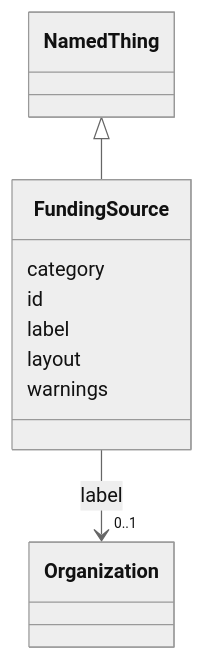
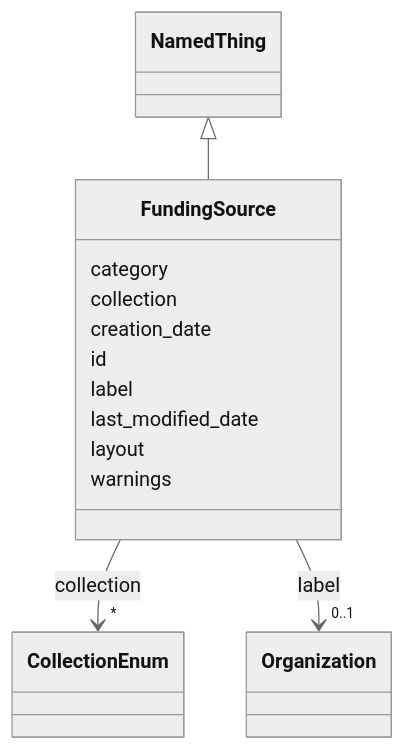
Before and after one commit to Knowledge-Graph-Hub/kg-registry: the diagram in docs/schema/FundingSource.md, drawn with Mermaid (neutral theme). The commit also changed other lines of this file and 141 other files, not shown here.

````diff
--- a/docs/schema/FundingSource.md
+++ b/docs/schema/FundingSource.md
@@ -24,26 +23,43 @@
 ```mermaid
  classDiagram
     class FundingSource
-    click FundingSource href "FundingSource.html"
+    click FundingSource href "FundingSource/.html"
       NamedThing <|-- FundingSource
-        click NamedThing href "NamedThing.html"
-      
+        click NamedThing href "NamedThing/.html"
+
       FundingSource : category
-        
+
+      FundingSource : collection
+
+
+
+
+
+        FundingSource --> "*" CollectionEnum : collection
+        click CollectionEnum href "CollectionEnum/.html"
+
+
+
+      FundingSource : creation_date
+
       FundingSource : id
-        
+
       FundingSource : label
-        
-          
-    
-    
-    FundingSource --> "0..1" Organization : label
-    click Organization href "Organization.html"
 
-        
+
+
+
+
+        FundingSource --> "0..1" Organization : label
+        click Organization href "Organization/.html"
+
+
+
+      FundingSource : last_modified_date
+
       FundingSource : layout
-        
+
       FundingSource : warnings
-        
-      
+
+
 ```
````
